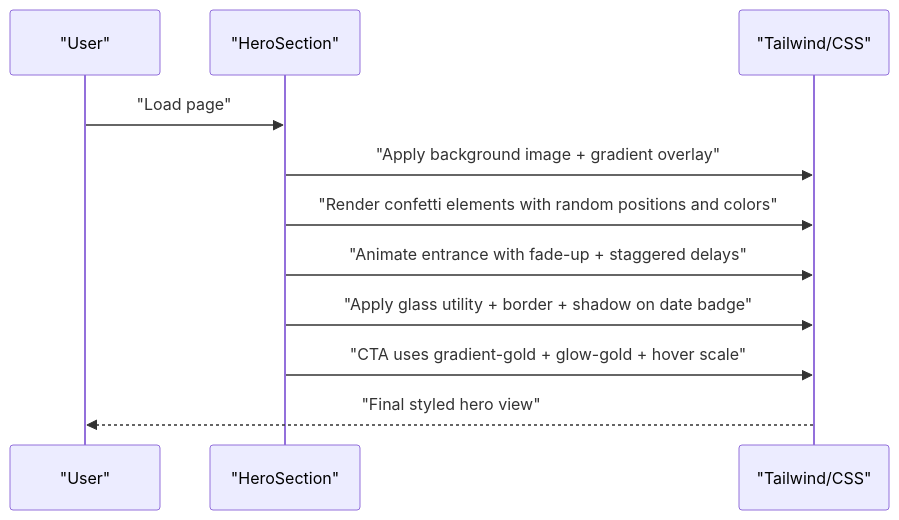
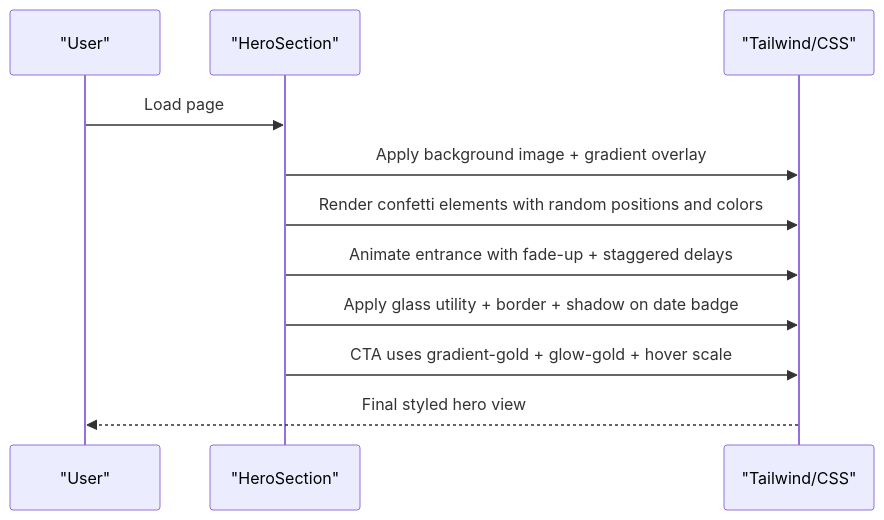
One commit to mohjak/sc-dof changed the fifth of 6 diagrams in .qoder/repowiki/en/content/Styling Strategy/Styling Strategy.md. Above: the diagram before and after it, drawn with Mermaid. The commit also changed other lines of this file and 68 other files, not shown here.

First line of the commit message:
docs(docs): update component architecture docs with markdown formatting fixes

````diff
--- a/.qoder/repowiki/en/content/Styling Strategy/Styling Strategy.md
+++ b/.qoder/repowiki/en/content/Styling Strategy/Styling Strategy.md
@@ -313,13 +311,13 @@
 ```mermaid
 sequenceDiagram
 participant U as "User"
 participant H as "HeroSection"
 participant T as "Tailwind/CSS"
-U->>H : "Load page"
-H->>T : "Apply background image + gradient overlay"
-H->>T : "Render confetti elements with random positions and colors"
-H->>T : "Animate entrance with fade-up + staggered delays"
-H->>T : "Apply glass utility + border + shadow on date badge"
-H->>T : "CTA uses gradient-gold + glow-gold + hover scale"
-T-->>U : "Final styled hero view"
+U->>H : Load page
+H->>T : Apply background image + gradient overlay
+H->>T : Render confetti elements with random positions and colors
+H->>T : Animate entrance with fade-up + staggered delays
+H->>T : Apply glass utility + border + shadow on date badge
+H->>T : CTA uses gradient-gold + glow-gold + hover scale
+T-->>U : Final styled hero view
 ```
````
